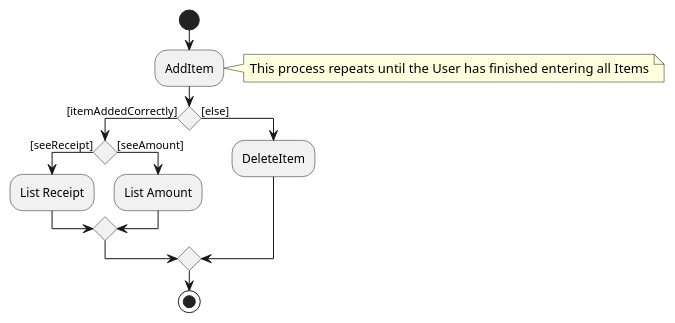
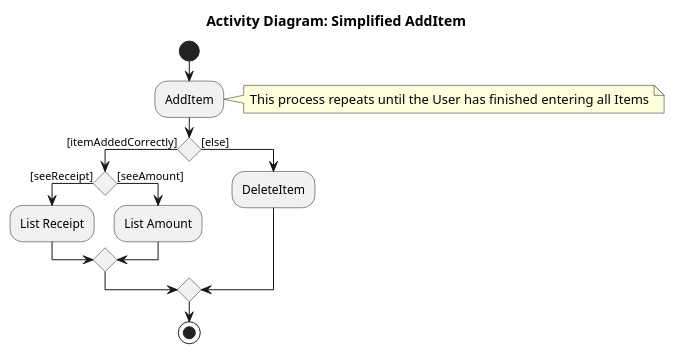
The diagram in docs/diagrams/ExpenseSplitterActivityDiagram.puml (nus-cs2103-AY1920S2/addressbook-level3), drawn with PlantUML before and after one commit. The commit also changed 6 other files, not shown here.

```diff
--- a/docs/diagrams/ExpenseSplitterActivityDiagram.puml
+++ b/docs/diagrams/ExpenseSplitterActivityDiagram.puml
@@ -1,19 +1,22 @@
 @startuml
+
+title Activity Diagram: Simplified AddItem
+
 start
 :AddItem;
 note right: This process repeats until the User has finished entering all Items
 
 if () then ([itemAddedCorrectly])
 
   if () then ([seeReceipt])
     :List Receipt;
   else ([seeAmount])
     :List Amount;
   endif
 else ([else])
   :DeleteItem;
 endif
 stop
 
 
 @enduml
```
